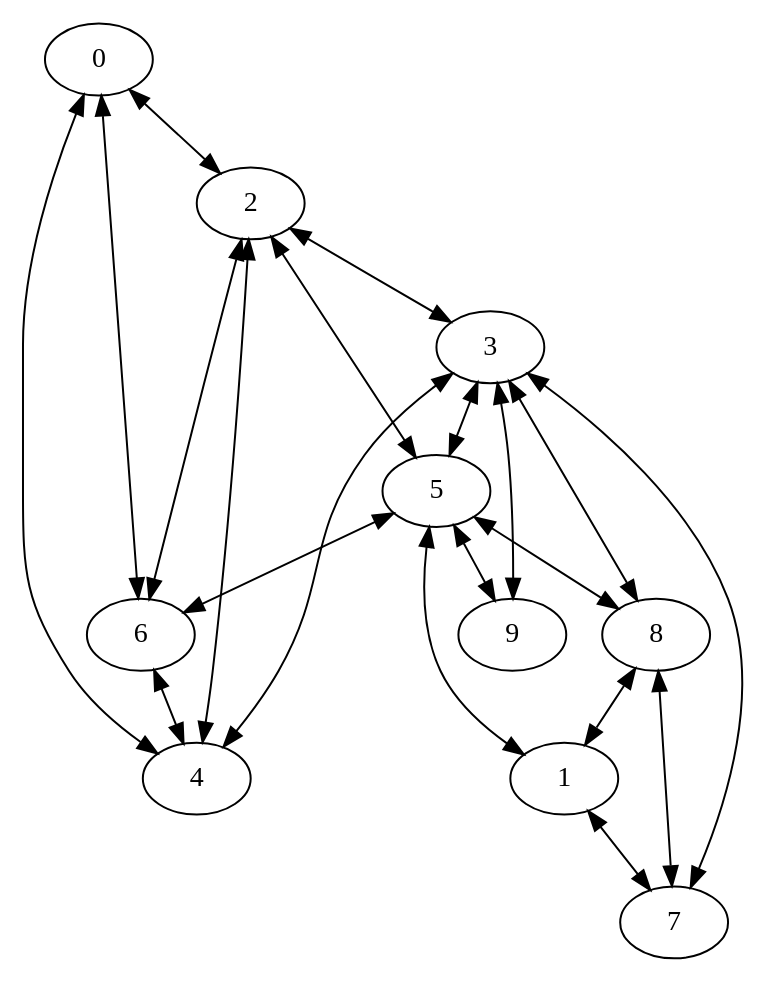
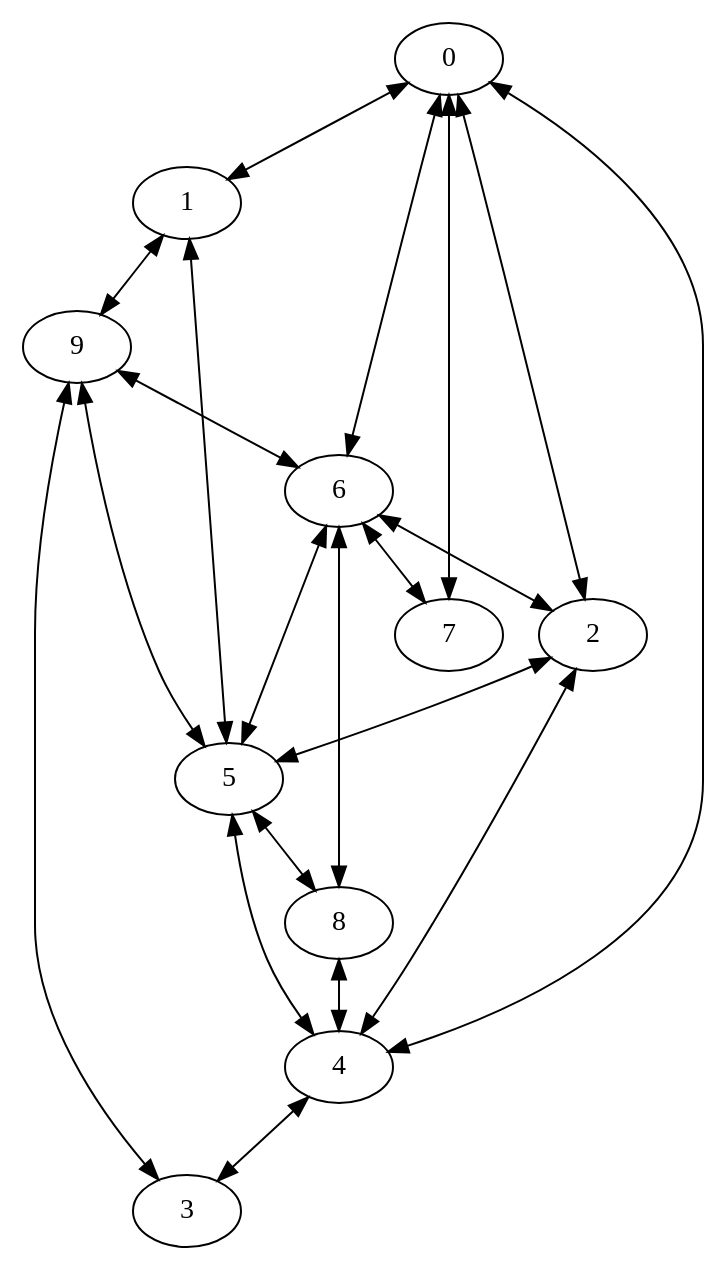
One commit to JacobStadler/city changed the diagram in Cities.gv. Above: the diagram before and after it, drawn with Graphviz. The commit also changed 2 other files, not shown here.

```diff
--- a/Cities.gv
+++ b/Cities.gv
@@ -1,32 +1,32 @@
 digraph Cities {
 	0 [label=0]
 	1 [label=1]
 	2 [label=2]
 	3 [label=3]
 	4 [label=4]
 	5 [label=5]
 	6 [label=6]
 	7 [label=7]
 	8 [label=8]
 	9 [label=9]
-	6 -> 0 [dir=both]
+	2 -> 0 [dir=both]
 	4 -> 0 [dir=both]
-	8 -> 1 [dir=both]
 	5 -> 1 [dir=both]
+	0 -> 1 [dir=both]
 	4 -> 2 [dir=both]
-	0 -> 2 [dir=both]
-	2 -> 3 [dir=both]
-	7 -> 3 [dir=both]
-	6 -> 4 [dir=both]
-	3 -> 4 [dir=both]
-	3 -> 5 [dir=both]
+	6 -> 2 [dir=both]
+	9 -> 3 [dir=both]
+	4 -> 3 [dir=both]
+	5 -> 4 [dir=both]
+	8 -> 4 [dir=both]
+	6 -> 5 [dir=both]
 	2 -> 5 [dir=both]
-	2 -> 6 [dir=both]
-	5 -> 6 [dir=both]
-	1 -> 7 [dir=both]
-	8 -> 7 [dir=both]
-	3 -> 8 [dir=both]
+	0 -> 6 [dir=both]
+	9 -> 6 [dir=both]
+	6 -> 7 [dir=both]
+	0 -> 7 [dir=both]
 	5 -> 8 [dir=both]
-	3 -> 9 [dir=both]
+	6 -> 8 [dir=both]
 	5 -> 9 [dir=both]
+	1 -> 9 [dir=both]
 }
```
